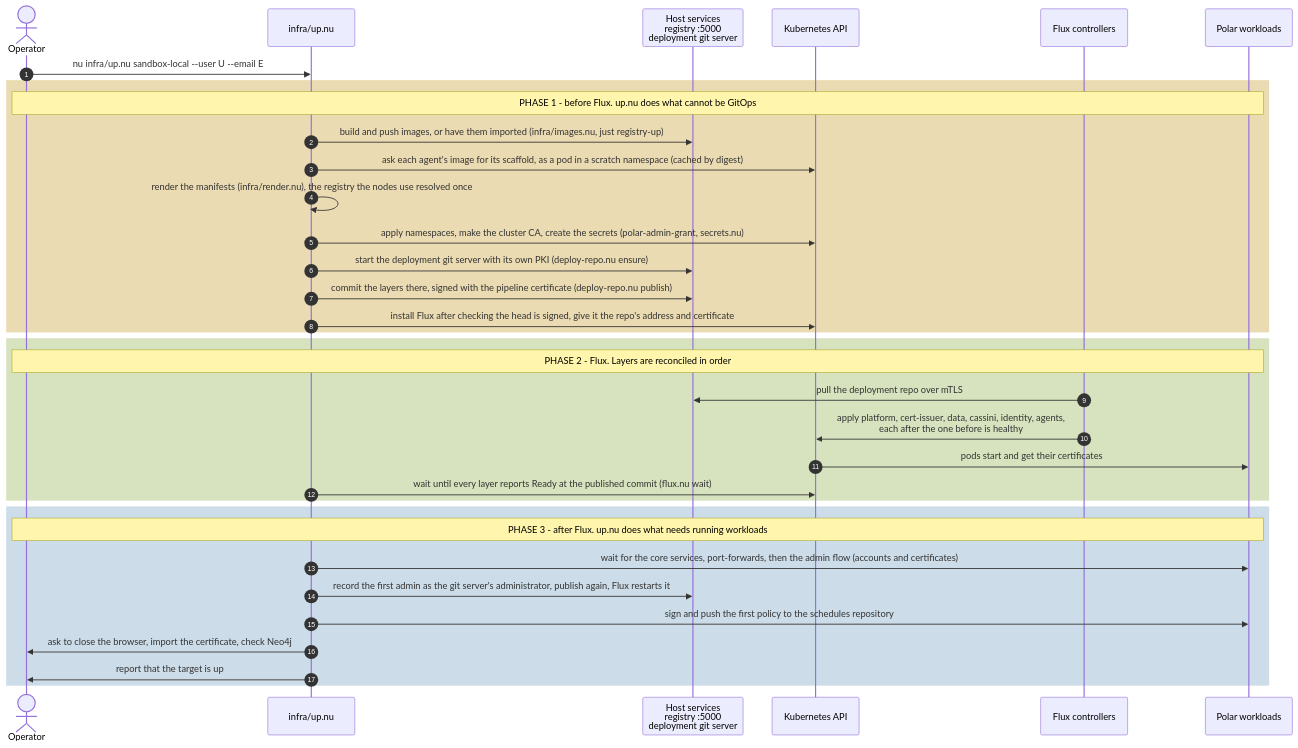
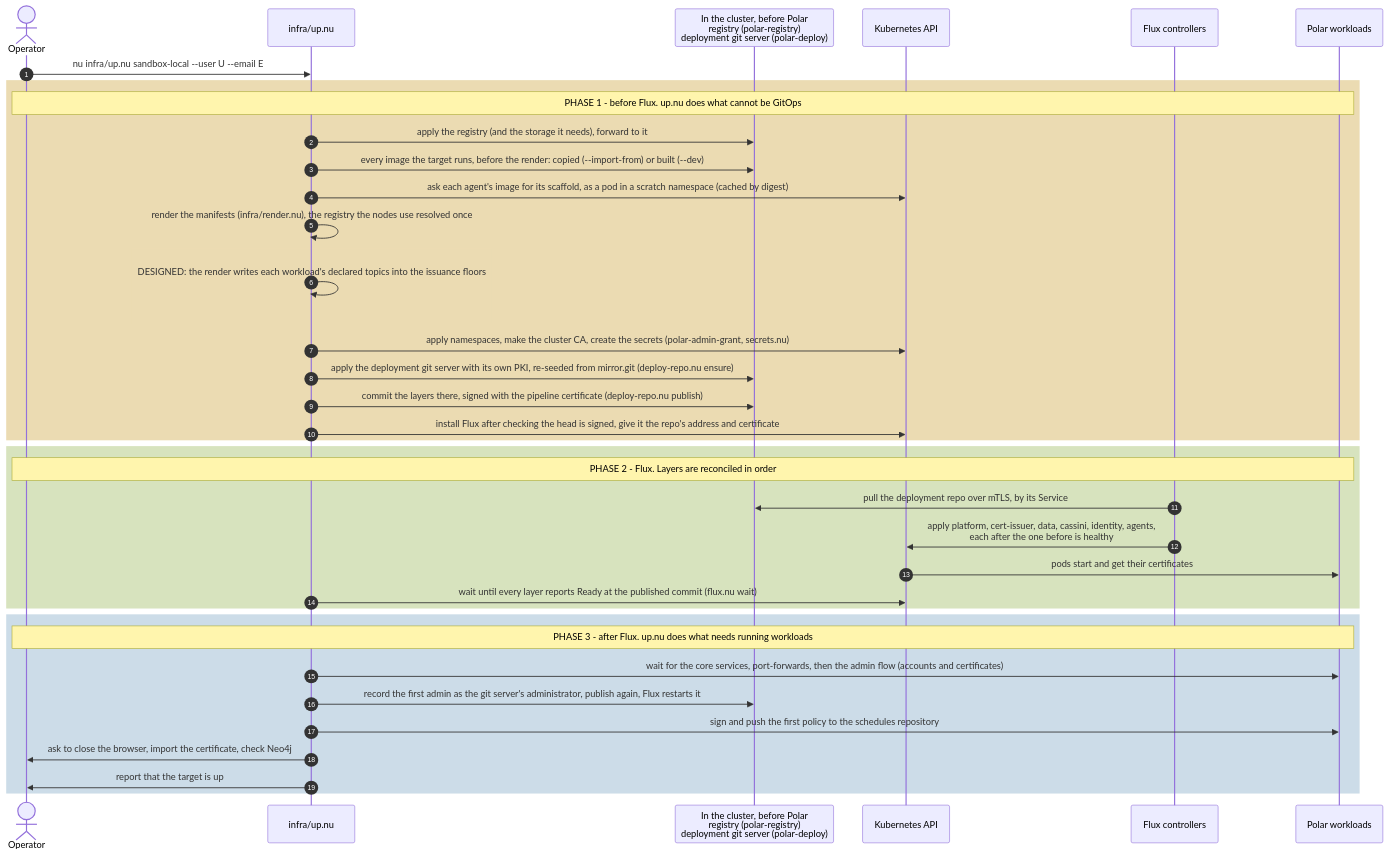
One commit to cmu-sei/Polar changed the diagram in docs/architecture/sequences/bootstrap/overview.mmd. Above: the diagram before and after it, drawn with Mermaid. The commit also changed 25 other files, not shown here.

```diff
--- a/docs/architecture/sequences/bootstrap/overview.mmd
+++ b/docs/architecture/sequences/bootstrap/overview.mmd
@@ -1,62 +1,67 @@
 %% ACE Tool
 %%
 %% Copyright 2026 Carnegie Mellon University.
 %%
 %% NO WARRANTY. THIS CARNEGIE MELLON UNIVERSITY AND SOFTWARE ENGINEERING INSTITUTE MATERIAL IS
 %% FURNISHED ON AN "AS-IS" BASIS. CARNEGIE MELLON UNIVERSITY MAKES NO WARRANTIES OF ANY KIND, EITHER
 %% EXPRESSED OR IMPLIED, AS TO ANY MATTER INCLUDING, BUT NOT LIMITED TO, WARRANTY OF FITNESS FOR
 %% PURPOSE OR MERCHANTABILITY, EXCLUSIVITY, OR RESULTS OBTAINED FROM USE OF THE MATERIAL. CARNEGIE
 %% MELLON UNIVERSITY DOES NOT MAKE ANY WARRANTY OF ANY KIND WITH RESPECT TO FREEDOM FROM PATENT,
 %% TRADEMARK, OR COPYRIGHT INFRINGEMENT.
 %%
 %% Licensed under a MIT (SEI)-style license, please see license.txt or contact
 %% permission@sei.cmu.edu for full terms.
 %%
 %% [DISTRIBUTION STATEMENT A] This material has been approved for public release and unlimited
 %% distribution.  Please see Copyright notice for non-US Government use and distribution.
 %%
 %% This Software includes and/or makes use of Third-Party Software each subject to its own license.
 %%
 %% DM26-0670
 
 %% The whole bootstrap of a Polar cluster from the sandbox-local target, in three phases.
 %% This is the code in infra/ (traced in docs/architecture/cluster-bootstrap.md), run end to end on a podman
-%% dev node on 2026-10-19. A target that does not set gitops: true applies its layers itself.
+%% dev node on 2026-10-19, and from the dev pod on 2026-10-21 with the registry and the deployment git server in the cluster.
+%% A target that does not set gitops: true applies its layers itself. Shaded: designed, not built (policy-enforcement.md).
 sequenceDiagram
     autonumber
     actor Op as Operator
     participant Up as infra/up.nu
-    participant Host as Host services<br/>registry :5000<br/>deployment git server
+    participant Infra as In the cluster, before Polar<br/>registry (polar-registry)<br/>deployment git server (polar-deploy)
     participant K as Kubernetes API
     participant Flux as Flux controllers
     participant W as Polar workloads
 
     Op->>Up: nu infra/up.nu sandbox-local --user U --email E
 
     rect rgb(235, 219, 178)
     Note over Op,W: PHASE 1 - before Flux. up.nu does what cannot be GitOps
-    Up->>Host: build and push images, or have them imported (infra/images.nu, just registry-up)
+    Up->>Infra: apply the registry (and the storage it needs), forward to it
+    Up->>Infra: every image the target runs, before the render: copied (--import-from) or built (--dev)
     Up->>K: ask each agent's image for its scaffold, as a pod in a scratch namespace (cached by digest)
     Up->>Up: render the manifests (infra/render.nu), the registry the nodes use resolved once
+    rect rgb(235, 219, 178)
+    Up->>Up: DESIGNED: the render writes each workload's declared topics into the issuance floors
+    end
     Up->>K: apply namespaces, make the cluster CA, create the secrets (polar-admin-grant, secrets.nu)
-    Up->>Host: start the deployment git server with its own PKI (deploy-repo.nu ensure)
-    Up->>Host: commit the layers there, signed with the pipeline certificate (deploy-repo.nu publish)
+    Up->>Infra: apply the deployment git server with its own PKI, re-seeded from mirror.git (deploy-repo.nu ensure)
+    Up->>Infra: commit the layers there, signed with the pipeline certificate (deploy-repo.nu publish)
     Up->>K: install Flux after checking the head is signed, give it the repo's address and certificate
     end
 
     rect rgb(215, 227, 190)
     Note over Op,W: PHASE 2 - Flux. Layers are reconciled in order
-    Flux->>Host: pull the deployment repo over mTLS
+    Flux->>Infra: pull the deployment repo over mTLS, by its Service
     Flux->>K: apply platform, cert-issuer, data, cassini, identity, agents,<br/>each after the one before is healthy
     K->>W: pods start and get their certificates
     Up->>K: wait until every layer reports Ready at the published commit (flux.nu wait)
     end
 
     rect rgb(204, 220, 232)
     Note over Op,W: PHASE 3 - after Flux. up.nu does what needs running workloads
     Up->>W: wait for the core services, port-forwards, then the admin flow (accounts and certificates)
-    Up->>Host: record the first admin as the git server's administrator, publish again, Flux restarts it
+    Up->>Infra: record the first admin as the git server's administrator, publish again, Flux restarts it
     Up->>W: sign and push the first policy to the schedules repository
     Up->>Op: ask to close the browser, import the certificate, check Neo4j
     Up->>Op: report that the target is up
     end
```
